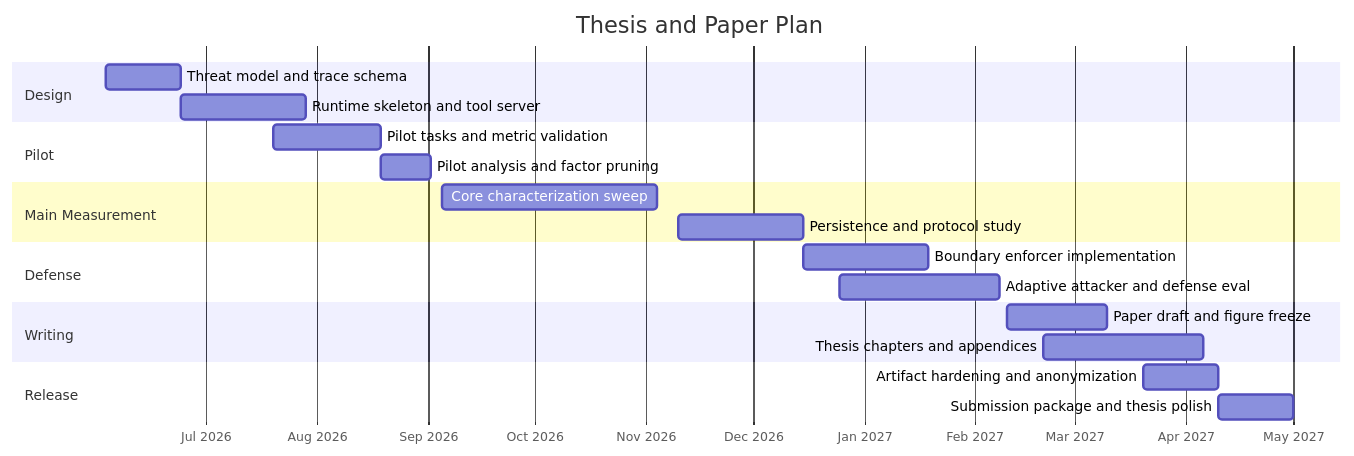
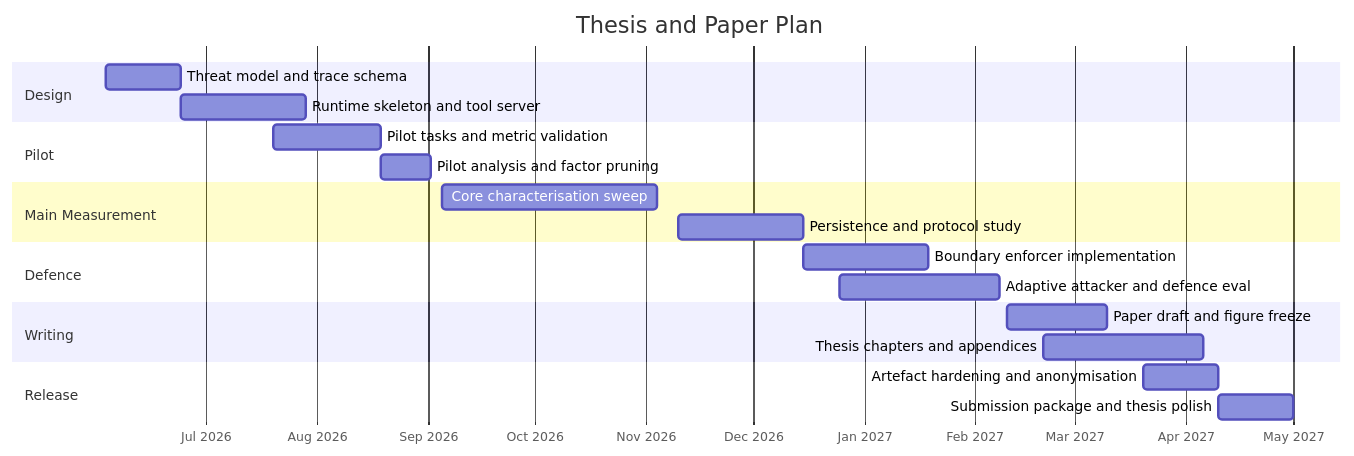
Before and after one commit to YuTungLam/Tool-Output-Injection-Attacks-on-Agentic-AI-Systems: the second of 2 diagrams in README.md, drawn with Mermaid. The commit also changed other lines of this file, not shown here.

````diff
--- a/README.md
+++ b/README.md
@@ -434,30 +434,30 @@
 ```mermaid
 gantt
     title Thesis and Paper Plan
     dateFormat  YYYY-MM-DD
     axisFormat  %b %Y
 
     section Design
     Threat model and trace schema          :a1, 2026-06-03, 21d
     Runtime skeleton and tool server       :a2, after a1, 35d
 
     section Pilot
     Pilot tasks and metric validation      :b1, 2026-07-20, 30d
     Pilot analysis and factor pruning      :b2, after b1, 14d
 
     section Main Measurement
-    Core characterization sweep            :c1, 2026-09-05, 60d
+    Core characterisation sweep            :c1, 2026-09-05, 60d
     Persistence and protocol study         :c2, 2026-11-10, 35d
 
-    section Defense
+    section Defence
     Boundary enforcer implementation       :d1, 2026-12-15, 35d
-    Adaptive attacker and defense eval     :d2, 2026-12-25, 45d
+    Adaptive attacker and defence eval     :d2, 2026-12-25, 45d
 
     section Writing
     Paper draft and figure freeze          :e1, 2027-02-10, 28d
     Thesis chapters and appendices         :e2, 2027-02-20, 45d
 
     section Release
-    Artifact hardening and anonymization   :f1, 2027-03-20, 21d
+    Artefact hardening and anonymisation   :f1, 2027-03-20, 21d
     Submission package and thesis polish   :f2, after f1, 21d
 ```
````
